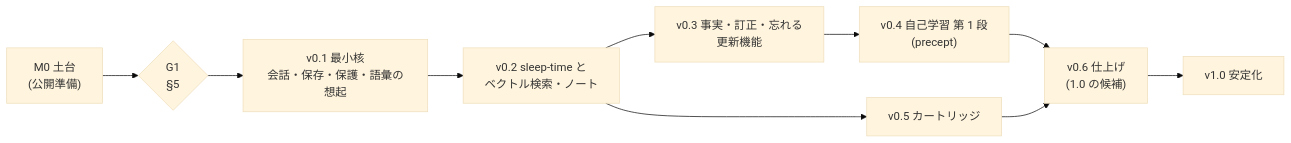
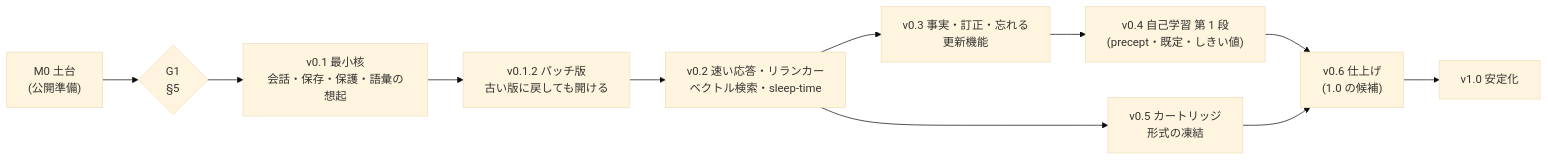
One commit to evoref/evorag changed the diagram in docs/08-roadmap.md. Above: the diagram before and after it, drawn with Mermaid (base theme). The commit also changed other lines of this file and 4 other files, not shown here.

````diff
--- a/docs/08-roadmap.md
+++ b/docs/08-roadmap.md
@@ -19,12 +21,13 @@
 ```mermaid
 flowchart LR
     M0["M0 土台<br/>(公開準備)"] --> G1{"G1<br/>§5"}
     G1 --> V01["v0.1 最小核<br/>会話・保存・保護・語彙の想起"]
-    V01 --> V02["v0.2 sleep-time と<br/>ベクトル検索・ノート"]
+    V01 --> V012["v0.1.2 パッチ版<br/>古い版に戻しても開ける"]
+    V012 --> V02["v0.2 速い応答・リランカー<br/>ベクトル検索・sleep-time"]
     V02 --> V03["v0.3 事実・訂正・忘れる<br/>更新機能"]
-    V03 --> V04["v0.4 自己学習 第 1 段<br/>(precept)"]
-    V02 --> V05["v0.5 カートリッジ"]
+    V03 --> V04["v0.4 自己学習 第 1 段<br/>(precept・既定・しきい値)"]
+    V02 --> V05["v0.5 カートリッジ<br/>形式の凍結"]
     V04 --> V06["v0.6 仕上げ<br/>(1.0 の候補)"]
     V05 --> V06
     V06 --> V10["v1.0 安定化"]
 ```
````
